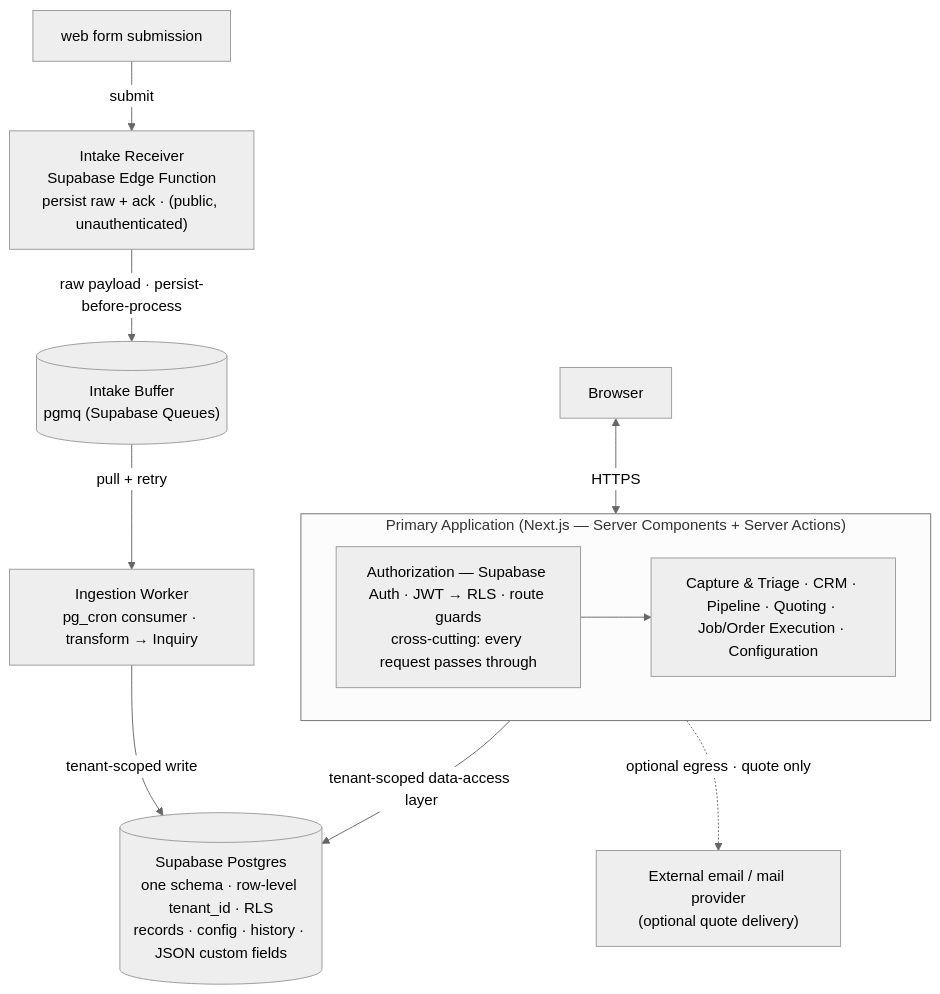
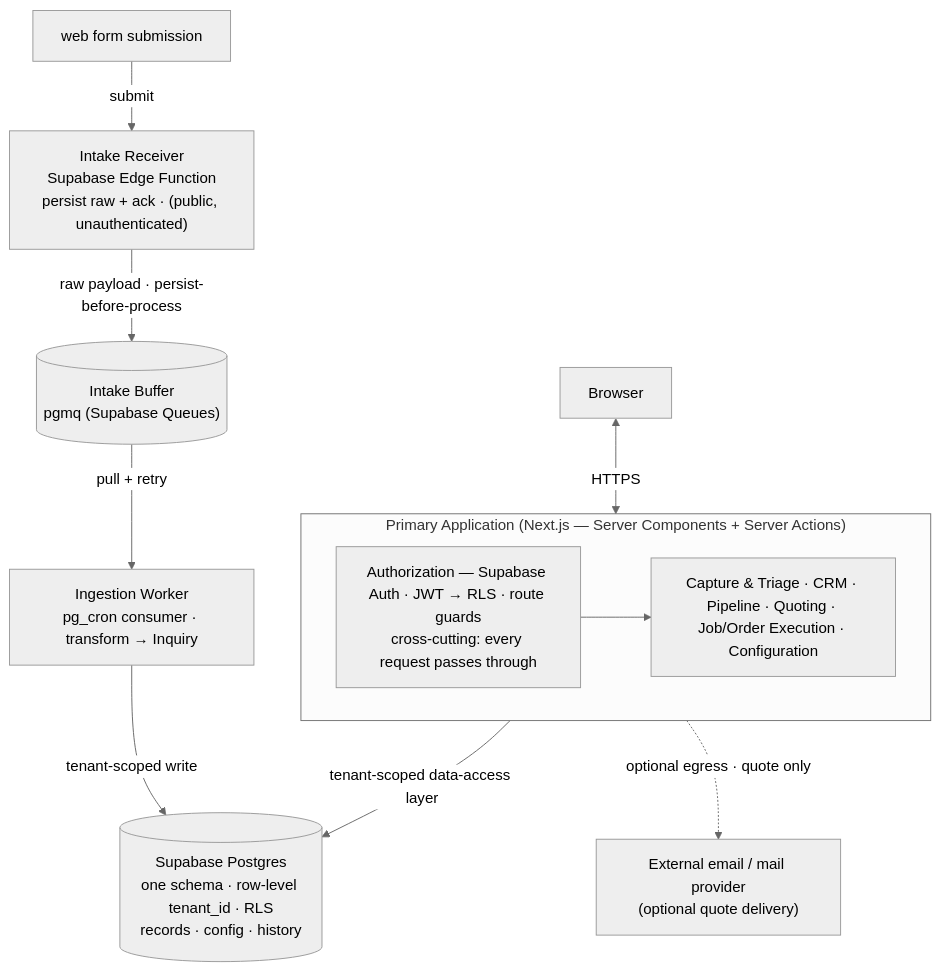
Before and after one commit to Cueserve/cs-cueviksync: the first of 3 diagrams in docs/ARCHITECTURE.md, drawn with Mermaid (neutral theme). The commit also changed other lines of this file, not shown here.

First line of the commit message:
docs(architecture): align with the PRD changes on this branch

````diff
--- a/docs/ARCHITECTURE.md
+++ b/docs/ARCHITECTURE.md
@@ -52,26 +52,26 @@
 ```mermaid
 flowchart TB
     form["web form submission"]
     browser["Browser"]
 
     receiver["Intake Receiver<br/>Supabase Edge Function<br/>persist raw + ack · (public, unauthenticated)"]
     buffer[("Intake Buffer<br/>pgmq (Supabase Queues)")]
     worker["Ingestion Worker<br/>pg_cron consumer · transform → Inquiry"]
 
     subgraph app["Primary Application (Next.js — Server Components + Server Actions)"]
         authz["Authorization — Supabase Auth · JWT → RLS · route guards<br/>cross-cutting: every request passes through"]
         modules["Capture &amp; Triage · CRM · Pipeline · Quoting · Job/Order Execution · Configuration"]
         authz --> modules
     end
 
-    store[("Supabase Postgres<br/>one schema · row-level tenant_id · RLS<br/>records · config · history · JSON custom fields")]
+    store[("Supabase Postgres<br/>one schema · row-level tenant_id · RLS<br/>records · config · history")]
     ext["External email / mail provider<br/>(optional quote delivery)"]
 
     form -->|"submit"| receiver
     receiver -->|"raw payload · persist-before-process"| buffer
     buffer -->|"pull + retry"| worker
     worker -->|"tenant-scoped write"| store
     browser <-->|"HTTPS"| app
     app -->|"tenant-scoped data-access layer"| store
     app -.->|"optional egress · quote only"| ext
 ```
````
